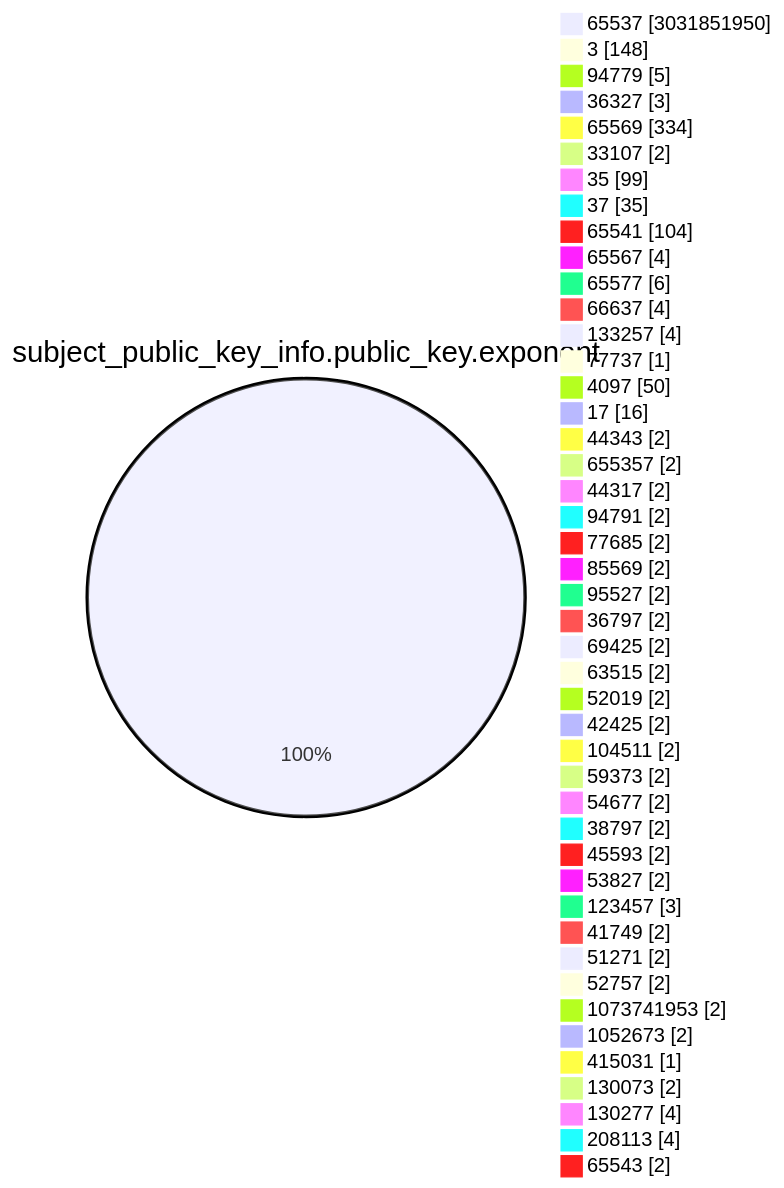
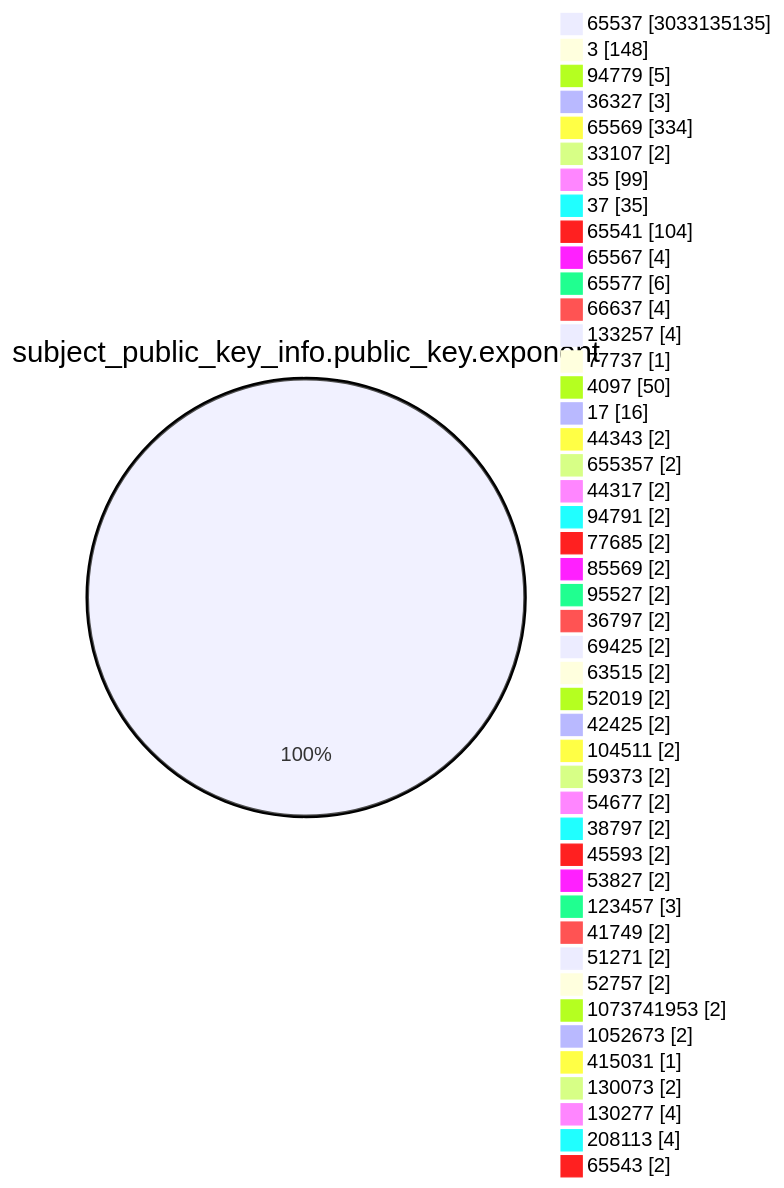
Before and after one commit to christiankrug/ctmonitor_visualization: the fourth of 15 diagrams in TOTAL/README.md, drawn with Mermaid. The commit also changed other lines of this file, not shown here.

````diff
--- a/TOTAL/README.md
+++ b/TOTAL/README.md
@@ -1473,49 +1473,49 @@
 ```mermaid
 pie showData
 title subject_public_key_info.public_key.exponent
-"65537" :3031851950
+"65537" :3033135135
 "3" :148
 "94779" :5
 "36327" :3
 "65569" :334
 "33107" :2
 "35" :99
 "37" :35
 "65541" :104
 "65567" :4
 "65577" :6
 "66637" :4
 "133257" :4
 "77737" :1
 "4097" :50
 "17" :16
 "44343" :2
 "655357" :2
 "44317" :2
 "94791" :2
 "77685" :2
 "85569" :2
 "95527" :2
 "36797" :2
 "69425" :2
 "63515" :2
 "52019" :2
 "42425" :2
 "104511" :2
 "59373" :2
 "54677" :2
 "38797" :2
 "45593" :2
 "53827" :2
 "123457" :3
 "41749" :2
 "51271" :2
 "52757" :2
 "1073741953" :2
 "1052673" :2
 "415031" :1
 "130073" :2
 "130277" :4
 "208113" :4
 "65543" :2
 ```
````
